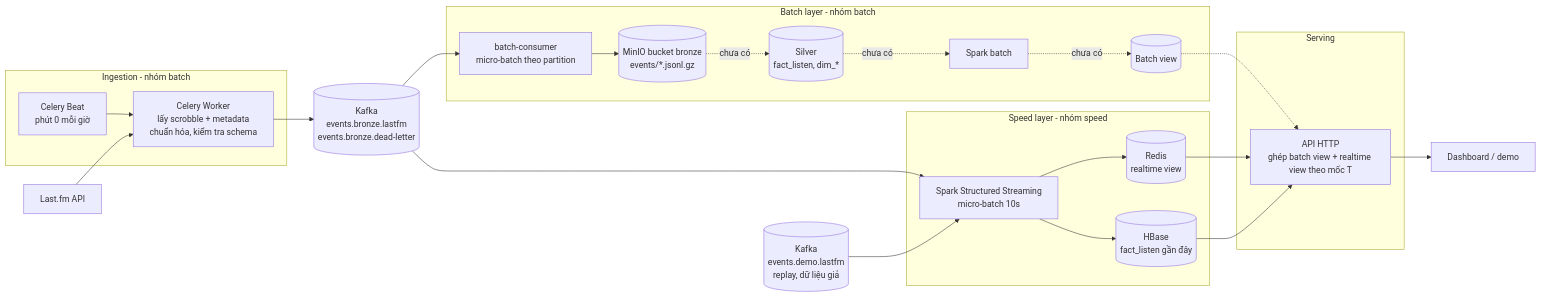
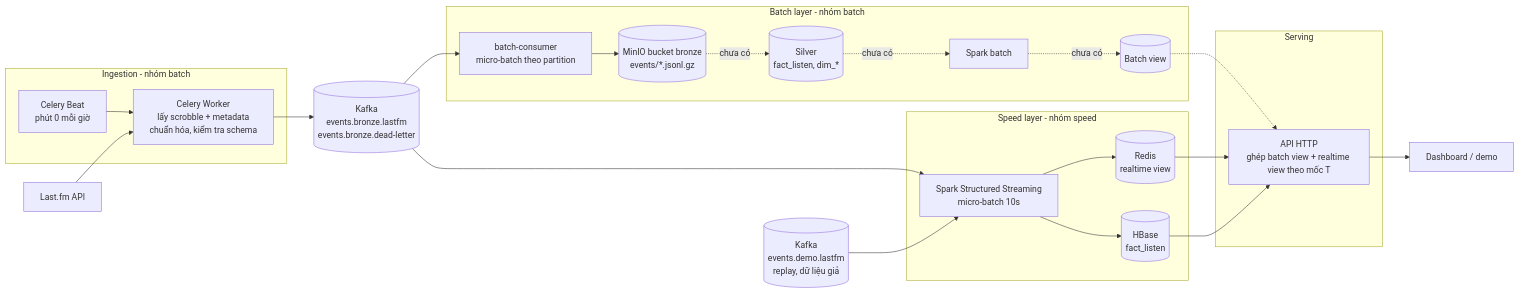
Before and after one commit to taihb2005/bigdata-music-analytics: the diagram in docs/architecture.md, drawn with Mermaid. The commit also changed other lines of this file and 9 other files, not shown here.

````diff
--- a/docs/architecture.md
+++ b/docs/architecture.md
@@ -21,37 +21,37 @@
 ```mermaid
 flowchart LR
     LF[Last.fm API]
 
     subgraph ING[Ingestion - nhóm batch]
         BEAT[Celery Beat<br/>phút 0 mỗi giờ] --> WK[Celery Worker<br/>lấy scrobble + metadata<br/>chuẩn hóa, kiểm tra schema]
     end
 
     LF --> WK
     WK --> K[(Kafka<br/>events.bronze.lastfm<br/>events.bronze.dead-letter)]
 
     subgraph BATCH[Batch layer - nhóm batch]
         C[batch-consumer<br/>micro-batch theo partition] --> BR[(MinIO bucket bronze<br/>events/*.jsonl.gz)]
         BR -.chưa có.-> SV[(Silver<br/>fact_listen, dim_*)]
         SV -.chưa có.-> SB[Spark batch]
         SB -.chưa có.-> BV[(Batch view)]
     end
 
     subgraph SPEED[Speed layer - nhóm speed]
         SS[Spark Structured Streaming<br/>micro-batch 10s] --> RV[(Redis<br/>realtime view)]
-        SS --> HB[(HBase<br/>fact_listen gần đây)]
+        SS --> HB[(HBase<br/>fact_listen)]
     end
 
     DEMO[(Kafka<br/>events.demo.lastfm<br/>replay, dữ liệu giả)]
     K --> C
     K --> SS
     DEMO --> SS
 
     subgraph SERVE[Serving]
         API[API HTTP<br/>ghép batch view + realtime view theo mốc T]
     end
 
     BV -.-> API
     RV --> API
     HB --> API
     API --> UI[Dashboard / demo]
 ```
````
